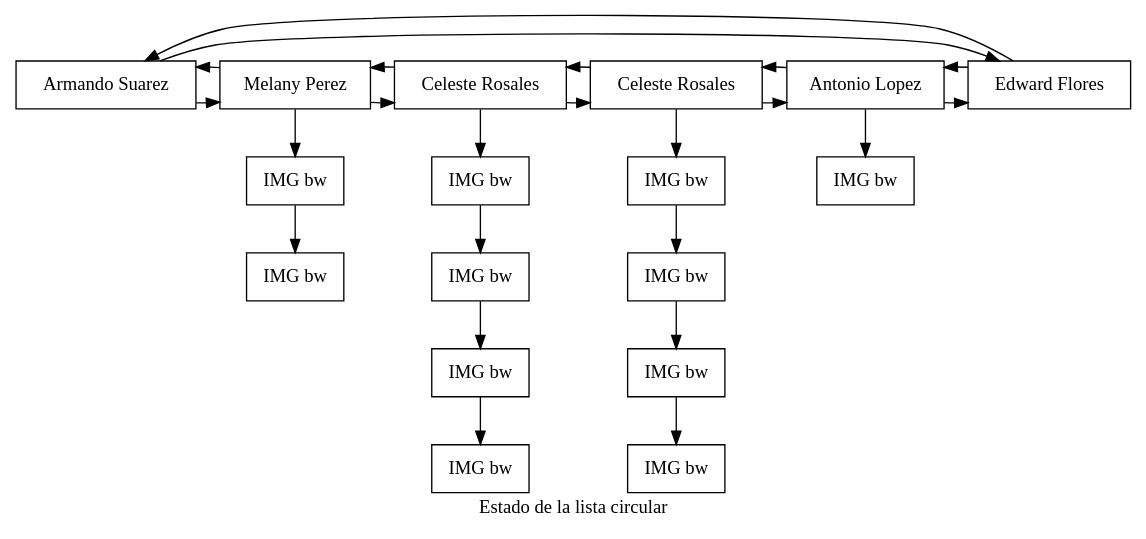
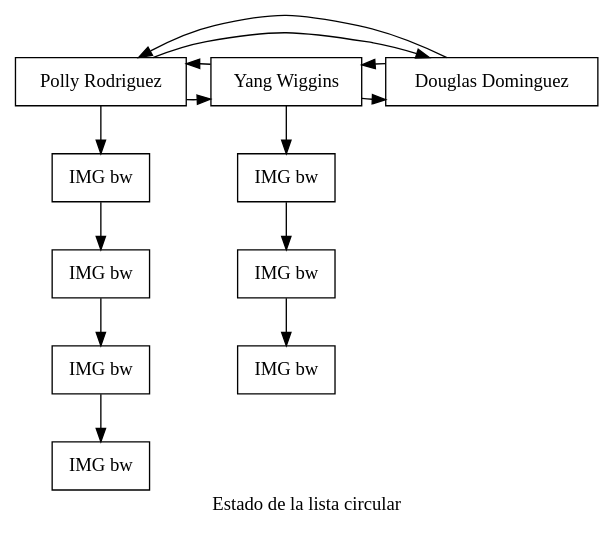
The diagram in [EDD]PROYECTO_FASE1_201900716/Proyecto1_Edd/ClienteEspera.dot (Kelly901/EDD_PROYECTO_FASE1_201900716), drawn with Graphviz before and after one commit. The commit also changed 24 other files, not shown here.

```diff
--- a/[EDD]PROYECTO_FASE1_201900716/Proyecto1_Edd/ClienteEspera.dot
+++ b/[EDD]PROYECTO_FASE1_201900716/Proyecto1_Edd/ClienteEspera.dot
@@ -1,47 +1,30 @@
 digraph G{
 label="Estado de la lista circular ";
 node[shape=box];
-nC523429237[label="Armando Suarez"];
-nC664740647[label="Melany Perez"];
-nP1555009629[label="IMG bw"];
-nP41359092[label="IMG bw"];
-nC1421795058[label="Celeste Rosales"];
-nP713338599[label="IMG bw"];
-nP168423058[label="IMG bw"];
-nP821270929[label="IMG bw"];
-nP1160460865[label="IMG bw"];
-nC149928006[label="Celeste Rosales"];
-nP258952499[label="IMG bw"];
-nP603742814[label="IMG bw"];
-nP1067040082[label="IMG bw"];
-nP1325547227[label="IMG bw"];
-nC1247233941[label="Antonio Lopez"];
-nP980546781[label="IMG bw"];
-nC804564176[label="Edward Flores"];
+nC2061475679[label="Polly Rodriguez"];
+nP1670782018[label="IMG bw"];
+nP1706377736[label="IMG bw"];
+nP468121027[label="IMG bw"];
+nP1804094807[label="IMG bw"];
+nC140435067[label="Yang Wiggins"];
+nP951007336[label="IMG bw"];
+nP2001049719[label="IMG bw"];
+nP1528902577[label="IMG bw"];
+nC1450495309[label="Douglas Dominguez"];
 
-nC523429237->nC664740647;
-nC523429237->nC804564176;
-nC664740647->nC1421795058;
-nC664740647->nC523429237;
-nC664740647->nP1555009629;
-nP1555009629->nP41359092;
-nC1421795058->nC149928006;
-nC1421795058->nC664740647;
-nC1421795058->nP713338599;
-nP713338599->nP168423058;
-nP168423058->nP821270929;
-nP821270929->nP1160460865;
-nC149928006->nC1247233941;
-nC149928006->nC1421795058;
-nC149928006->nP258952499;
-nP258952499->nP603742814;
-nP603742814->nP1067040082;
-nP1067040082->nP1325547227;
-nC1247233941->nC804564176;
-nC1247233941->nC149928006;
-nC1247233941->nP980546781;
-nC804564176->nC523429237;
-nC804564176->nC1247233941;
+nC2061475679->nC140435067;
+nC2061475679->nC1450495309;
+nC2061475679->nP1670782018;
+nP1670782018->nP1706377736;
+nP1706377736->nP468121027;
+nP468121027->nP1804094807;
+nC140435067->nC1450495309;
+nC140435067->nC2061475679;
+nC140435067->nP951007336;
+nP951007336->nP2001049719;
+nP2001049719->nP1528902577;
+nC1450495309->nC2061475679;
+nC1450495309->nC140435067;
 
-{rank=same;nC523429237;nC664740647;nC1421795058;nC149928006;nC1247233941;nC804564176;}
+{rank=same;nC2061475679;nC140435067;nC1450495309;}
 }
```
